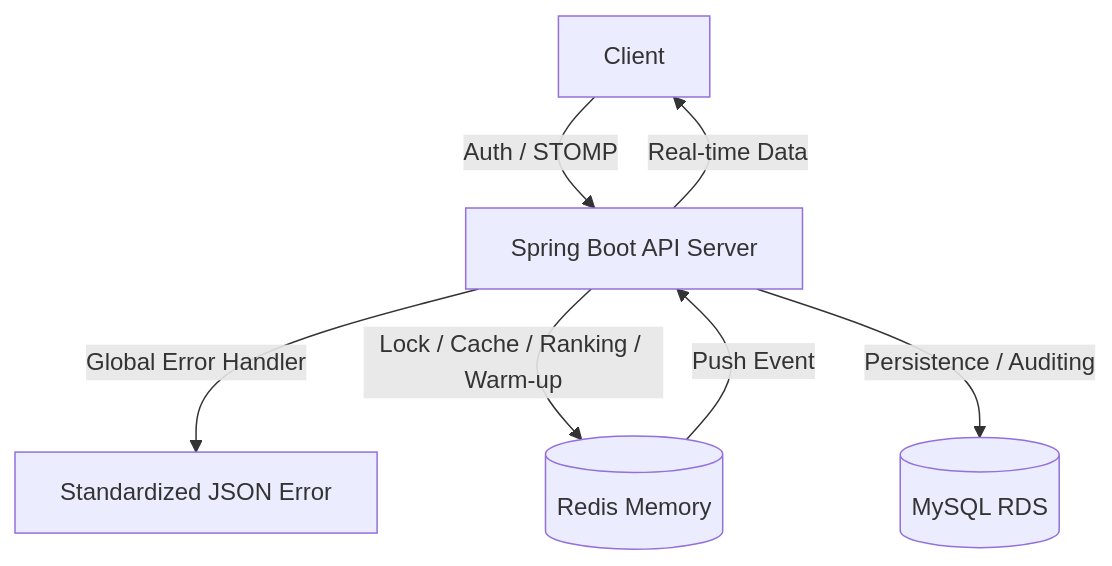
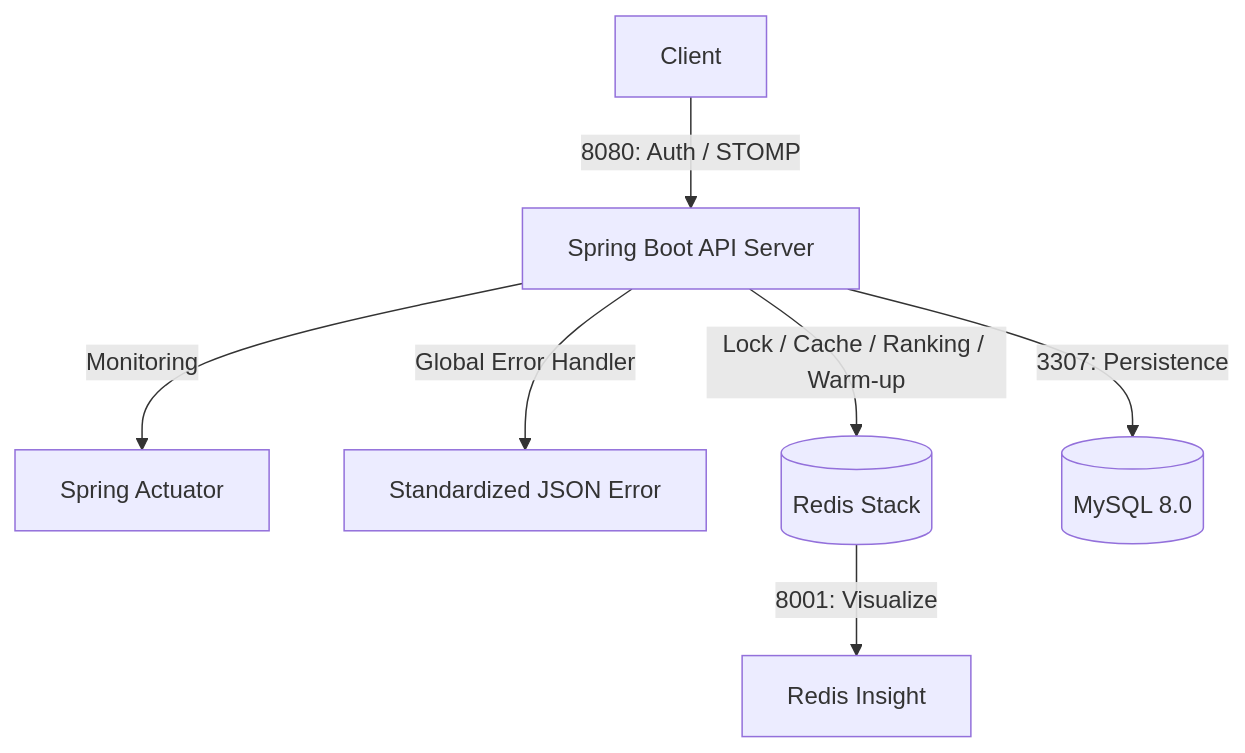
The diagram in README.md (helloyoogs/tarot-insight-backend), drawn with Mermaid before and after one commit. The commit also changed other lines of this file and 4 other files, not shown here.

Commit message:
[feat] 타로 인사이트 백엔드 인프라 구축 완료 (Docker, MySQL, Redis, Actuator)

````diff
--- a/README.md
+++ b/README.md
@@ -34,9 +34,9 @@
 ```mermaid
 graph TD
-    Client[Client] -->|Auth / STOMP| Server[Spring Boot API Server]
+    Client[Client] -->|8080: Auth / STOMP| Server[Spring Boot API Server]
+    Server -->|Monitoring| Actuator[Spring Actuator]
     Server -->|Global Error Handler| Response[Standardized JSON Error]
-    Server -->|Lock / Cache / Ranking / Warm-up| Redis[(Redis Memory)]
-    Server -->|Persistence / Auditing| MySQL[(MySQL RDS)]
-    Redis -->|Push Event| Server
-    Server -->|Real-time Data| Client
+    Server -->|Lock / Cache / Ranking / Warm-up| Redis[(Redis Stack)]
+    Redis -->|8001: Visualize| Insight[Redis Insight]
+    Server -->|3307: Persistence| MySQL[(MySQL 8.0)]
 ```
````
